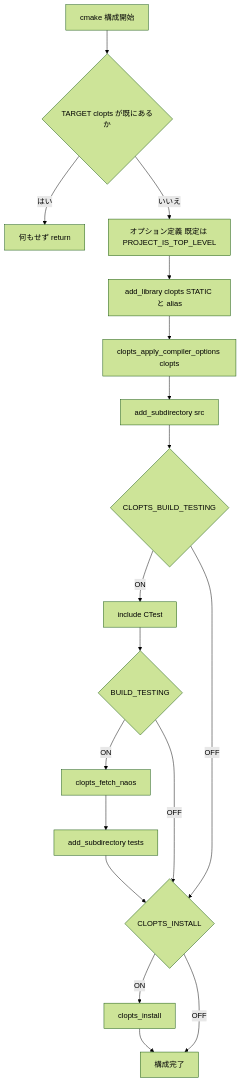
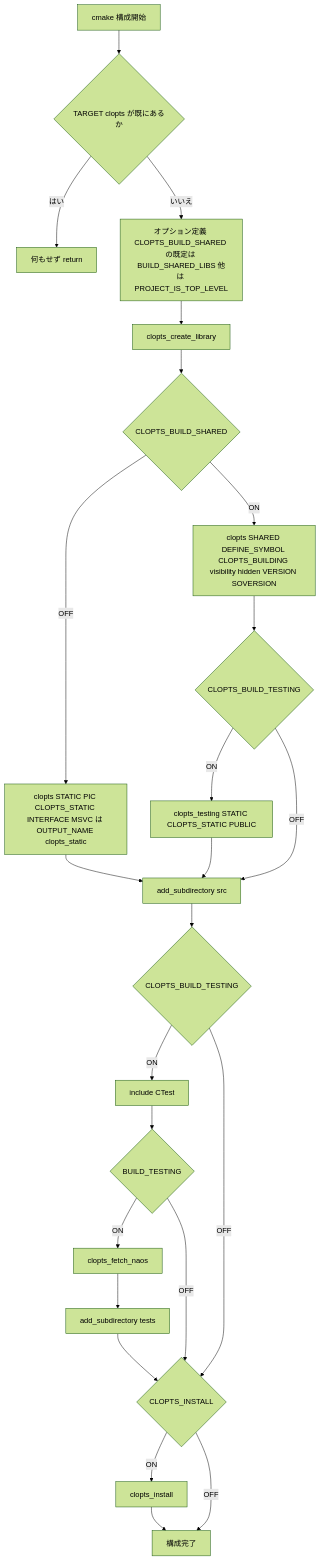
One commit to ktdevx/clopts-private changed the second of 4 diagrams in .kiro/specs/project-foundation/design.md. Above: the diagram before and after it, drawn with Mermaid (forest theme). The commit also changed other lines of this file and 2 other files, not shown here.

First line of the commit message:
spec(project-foundation): 共有ライブラリ化の改訂要件に合わせて設計を作り直す

````diff
--- a/.kiro/specs/project-foundation/design.md
+++ b/.kiro/specs/project-foundation/design.md
@@ -183,20 +285,26 @@
 ```mermaid
 flowchart TD
     Start[cmake 構成開始] --> Guard{TARGET clopts が既にあるか}
     Guard -- はい --> Return[何もせず return]
-    Guard -- いいえ --> Options[オプション定義 既定は PROJECT_IS_TOP_LEVEL]
-    Options --> Lib[add_library clopts STATIC と alias]
-    Lib --> Apply[clopts_apply_compiler_options clopts]
-    Apply --> Src[add_subdirectory src]
+    Guard -- いいえ --> Options[オプション定義 CLOPTS_BUILD_SHARED の既定は BUILD_SHARED_LIBS 他は PROJECT_IS_TOP_LEVEL]
+    Options --> Create[clopts_create_library]
+    Create --> Type{CLOPTS_BUILD_SHARED}
+    Type -- OFF --> Static[clopts STATIC PIC CLOPTS_STATIC INTERFACE MSVC は OUTPUT_NAME clopts_static]
+    Type -- ON --> Shared[clopts SHARED DEFINE_SYMBOL CLOPTS_BUILDING visibility hidden VERSION SOVERSION]
+    Shared --> TestingQ{CLOPTS_BUILD_TESTING}
+    TestingQ -- ON --> Testing[clopts_testing STATIC CLOPTS_STATIC PUBLIC]
+    TestingQ -- OFF --> Src
+    Testing --> Src
+    Static --> Src[add_subdirectory src]
     Src --> TestQ{CLOPTS_BUILD_TESTING}
     TestQ -- ON --> CTest[include CTest]
     CTest --> BT{BUILD_TESTING}
     BT -- ON --> Fetch[clopts_fetch_naos]
     Fetch --> Tests[add_subdirectory tests]
     BT -- OFF --> InstQ
     TestQ -- OFF --> InstQ{CLOPTS_INSTALL}
     Tests --> InstQ
     InstQ -- ON --> Install[clopts_install]
     InstQ -- OFF --> Done[構成完了]
     Install --> Done
 ```
````
